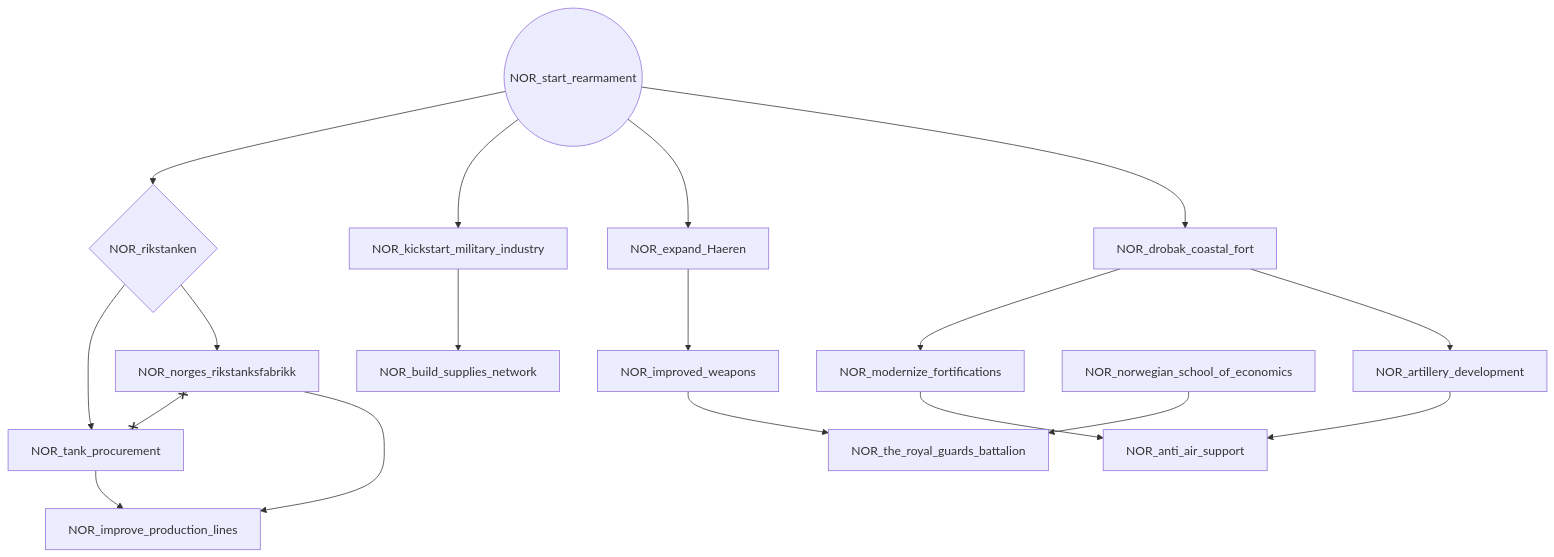
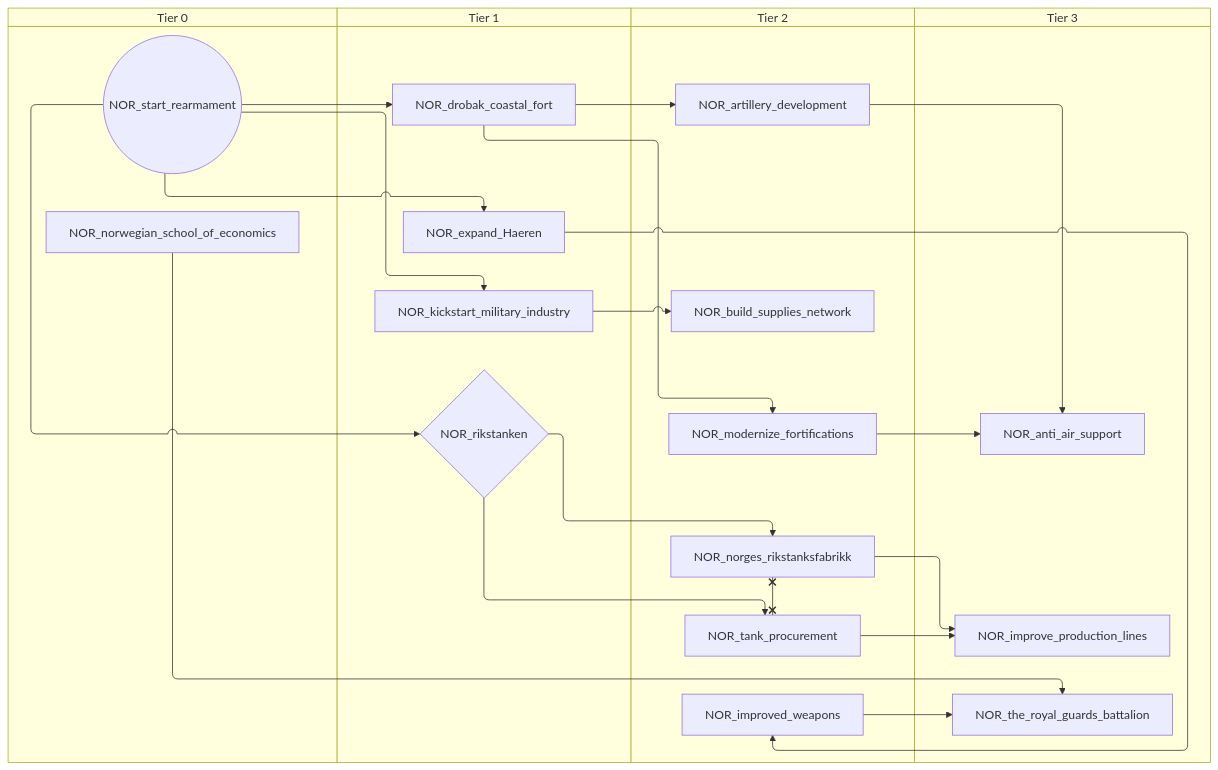
One commit to evgeny-sobol/hoi4-sandbox-mode changed the fifth of 8 diagrams in docs/gdd/National Focuses/norway.md. Above: the diagram before and after it, drawn with Mermaid. The commit also changed other lines of this file and 80 other files, not shown here.

First line of the commit message:
Add swimlane mode to focus graph exporter

````diff
--- a/docs/gdd/National Focuses/norway.md
+++ b/docs/gdd/National Focuses/norway.md
@@ -291,35 +351,43 @@
 ```mermaid
-flowchart TD
-    n104["NOR_anti_air_support"]
-    n105["NOR_artillery_development"]
-    n106["NOR_build_supplies_network"]
-    n107["NOR_drobak_coastal_fort"]
-    n108["NOR_expand_Haeren"]
-    n109["NOR_improve_production_lines"]
-    n50["NOR_improved_weapons"]
-    n110["NOR_kickstart_military_industry"]
-    n111["NOR_modernize_fortifications"]
-    n112["NOR_norges_rikstanksfabrikk"]
-    n57["NOR_norwegian_school_of_economics"]
-    n113{"NOR_rikstanken"}
-    n114(("NOR_start_rearmament"))
-    n115["NOR_tank_procurement"]
-    n59["NOR_the_royal_guards_battalion"]
-    n111 --> n104
-    n105 --> n104
-    n107 --> n105
-    n110 --> n106
-    n114 --> n107
-    n114 --> n108
-    n115 --> n109
-    n112 --> n109
-    n108 --> n50
-    n114 --> n110
-    n107 --> n111
-    n113 --> n112
-    n114 --> n113
+swimlane-beta TD
+    subgraph tier_0["Tier 0"]
+        n46["NOR_norwegian_school_of_economics"]
+        n104(("NOR_start_rearmament"))
+    end
+    subgraph tier_1["Tier 1"]
+        n105["NOR_drobak_coastal_fort"]
+        n106["NOR_expand_Haeren"]
+        n107["NOR_kickstart_military_industry"]
+        n108{"NOR_rikstanken"}
+    end
+    subgraph tier_2["Tier 2"]
+        n109["NOR_artillery_development"]
+        n110["NOR_build_supplies_network"]
+        n41["NOR_improved_weapons"]
+        n111["NOR_modernize_fortifications"]
+        n112["NOR_norges_rikstanksfabrikk"]
+        n113["NOR_tank_procurement"]
+    end
+    subgraph tier_3["Tier 3"]
+        n114["NOR_anti_air_support"]
+        n115["NOR_improve_production_lines"]
+        n51["NOR_the_royal_guards_battalion"]
+    end
+    n111 --> n114
+    n109 --> n114
+    n105 --> n109
+    n107 --> n110
+    n104 --> n105
+    n104 --> n106
     n113 --> n115
-    n50 --> n59
-    n57 --> n59
-    n112 x--x n115
+    n112 --> n115
+    n106 --> n41
+    n104 --> n107
+    n105 --> n111
+    n108 --> n112
+    n104 --> n108
+    n108 --> n113
+    n41 --> n51
+    n46 --> n51
+    n112 x--x n113
 ```
````
